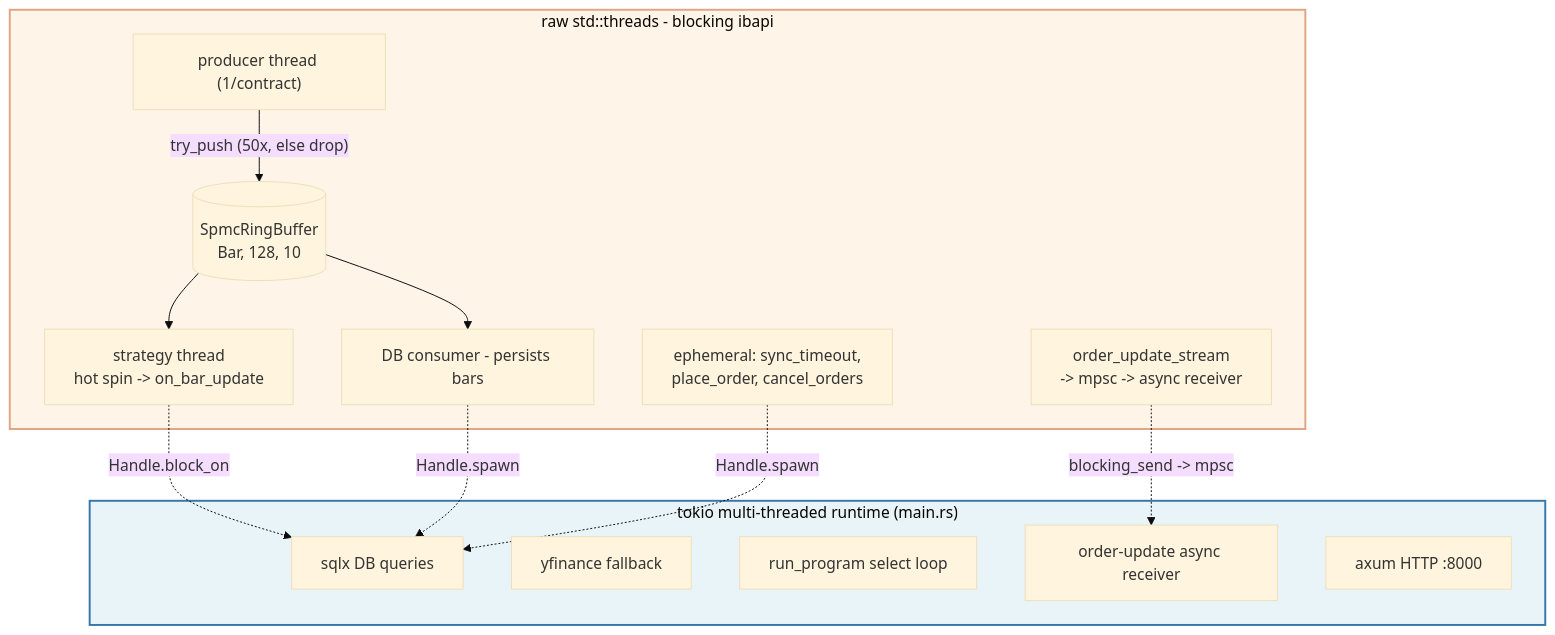
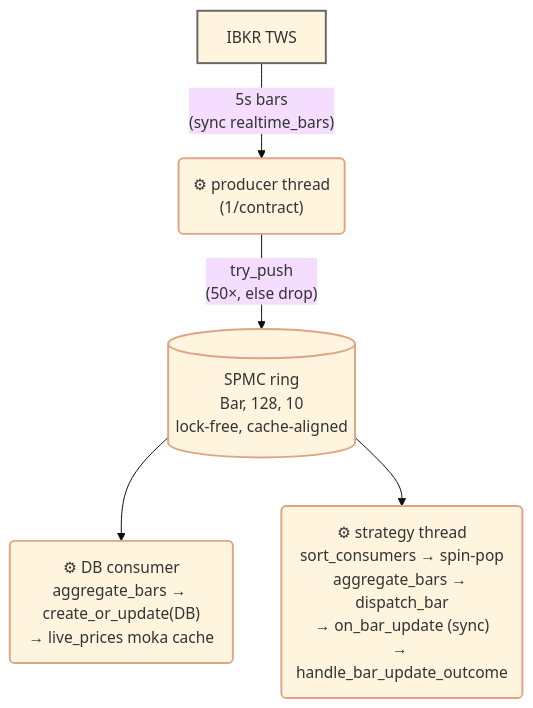
The second of 2 diagrams in README.md (RyanTYT/rusty_trader), drawn with Mermaid (base theme) before and after one commit. The commit also changed other lines of this file and 2 other files, not shown here.

Commit message:
Updated README.md(s) for mermaid diagrams for architecture to render directly

````diff
--- a/README.md
+++ b/README.md
@@ -45,31 +111,13 @@
 ```mermaid
 flowchart TB
-    subgraph tokio["tokio multi-threaded runtime (main.rs)"]
-        SQLX["sqlx DB queries"]
-        YFIN["yfinance fallback"]
-        SELECT["run_program select loop"]
-        OR["order-update async receiver"]
-        AXUM["axum HTTP :8000"]
-    end
+    IBKR["IBKR TWS"] -->|"5s bars<br/>(sync realtime_bars)"| PROD("⚙ producer thread<br/>(1/contract)")
+    PROD -->|"try_push<br/>(50×, else drop)"| RING[("SPMC ring<br/>Bar, 128, 10<br/>lock-free, cache-aligned")]
+    RING --> DBC("⚙ DB consumer<br/>aggregate_bars → create_or_update(DB)<br/>→ live_prices moka cache")
+    RING --> STRAT("⚙ strategy thread<br/>sort_consumers → spin-pop<br/>aggregate_bars → dispatch_bar<br/>→ on_bar_update (sync)<br/>→ handle_bar_update_outcome")
 
-    subgraph threads["raw std::threads - blocking ibapi"]
-        PROD["producer thread (1/contract)"]
-        RING[("SpmcRingBuffer<br/>Bar, 128, 10")]
-        DBC["DB consumer - persists bars"]
-        STRAT["strategy thread<br/>hot spin -&gt; on_bar_update"]
-        ORDUP["order_update_stream<br/>-&gt; mpsc -&gt; async receiver"]
-        EPHEM["ephemeral: sync_timeout,<br/>place_order, cancel_orders"]
-
-        PROD -->|"try_push (50x, else drop)"| RING
-        RING --> DBC
-        RING --> STRAT
-    end
-
-    STRAT -.->|"Handle.block_on"| SQLX
-    DBC -.->|"Handle.spawn"| SQLX
-    ORDUP -.->|"blocking_send -&gt; mpsc"| OR
-    EPHEM -.->|"Handle.spawn"| SQLX
-
-    style tokio fill:#e8f4f8,stroke:#3776ab,stroke-width:2px
-    style threads fill:#fff4e8,stroke:#dea584,stroke-width:2px
+    style PROD stroke:#dea584,stroke-width:2px
+    style DBC stroke:#dea584,stroke-width:2px
+    style STRAT stroke:#dea584,stroke-width:2px
+    style RING stroke:#dea584,stroke-width:2px
+    style IBKR stroke:#666,stroke-width:2px
 ```
````
